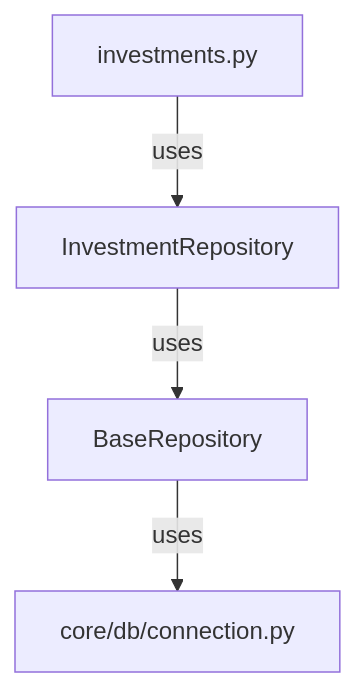
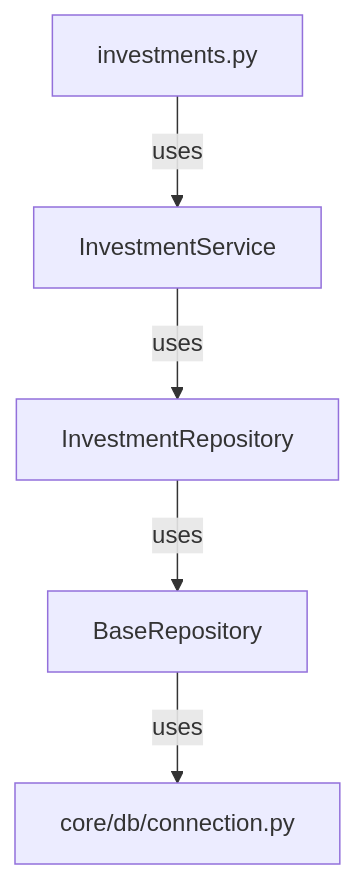
Before and after one commit to simcitysocial97-dev/ClariFin_OS: the sixth of 14 diagrams in docs/reports/Program_5_3B_Dependency_Graph.md, drawn with Mermaid. The commit also changed other lines of this file and 62 other files, not shown here.

````diff
--- a/docs/reports/Program_5_3B_Dependency_Graph.md
+++ b/docs/reports/Program_5_3B_Dependency_Graph.md
@@ -84,6 +85,7 @@
 ```mermaid
 graph TD
-    A[investments.py] -->|uses| B[InvestmentRepository]
-    B -->|uses| C[BaseRepository]
-    C -->|uses| D[core/db/connection.py]
+    A[investments.py] -->|uses| B[InvestmentService]
+    B -->|uses| C[InvestmentRepository]
+    C -->|uses| D[BaseRepository]
+    D -->|uses| E[core/db/connection.py]
 ```
````
